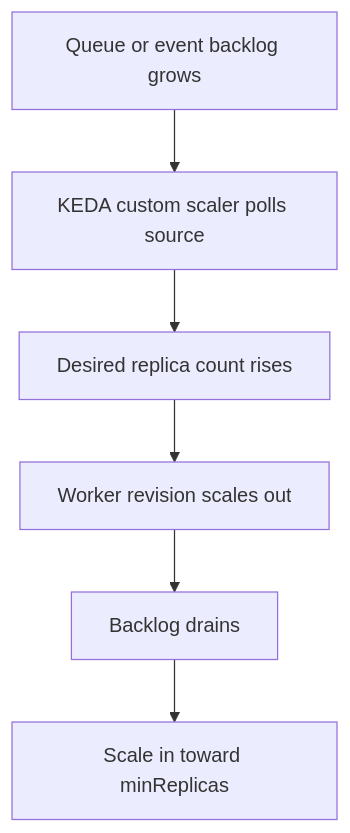
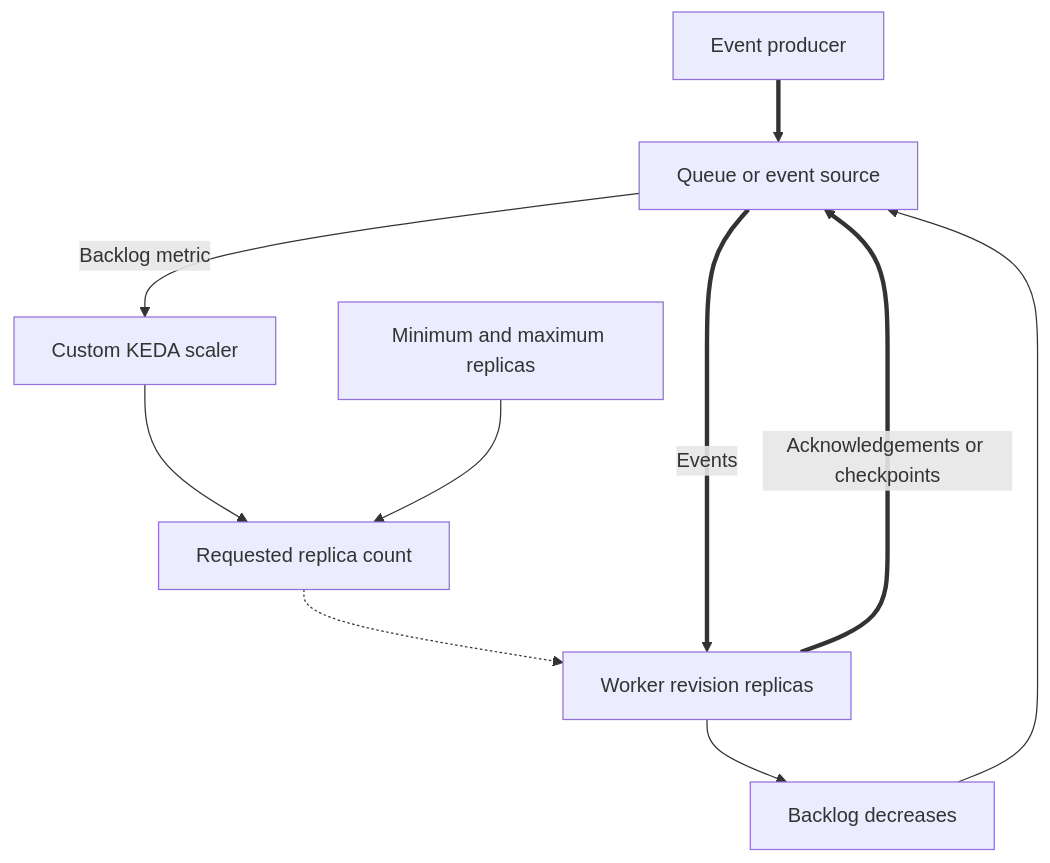
The diagram in docs/platform/scaling/event-scalers.md (yeongseon/azure-container-apps-practical-guide), drawn with Mermaid before and after one commit. The commit also changed other lines of this file and 11 other files, not shown here.

Commit message:
docs(diagrams): migrate Container Apps scaling diagrams (#612)

````diff
--- a/docs/platform/scaling/event-scalers.md
+++ b/docs/platform/scaling/event-scalers.md
@@ -50,8 +51,15 @@
 ```mermaid
 flowchart TD
-    A[Queue or event backlog grows] --> B[KEDA custom scaler polls source]
-    B --> C[Desired replica count rises]
-    C --> D[Worker revision scales out]
-    D --> E[Backlog drains]
-    E --> F[Scale in toward minReplicas]
+    accTitle: Scale a worker app from event backlog
+    accDescr: A producer adds work to an event source. A custom KEDA scaler polls the source and requests a replica count within configured limits. Worker replicas consume events, and later polls can request scale-in as backlog drains.
+
+    PRODUCER[Event producer] ==> SOURCE[Queue or event source]
+    SOURCE -->|Backlog metric| SCALER[Custom KEDA scaler]
+    SCALER --> DESIRED[Requested replica count]
+    LIMITS[Minimum and maximum replicas] --> DESIRED
+    DESIRED -.-> WORKERS[Worker revision replicas]
+    SOURCE ==>|Events| WORKERS
+    WORKERS ==>|Acknowledgements or checkpoints| SOURCE
+    WORKERS --> DRAIN[Backlog decreases]
+    DRAIN --> SOURCE
 ```
````
